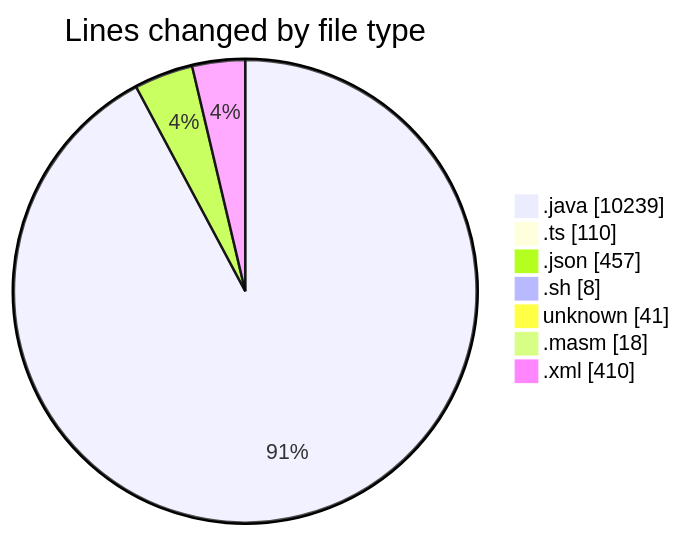
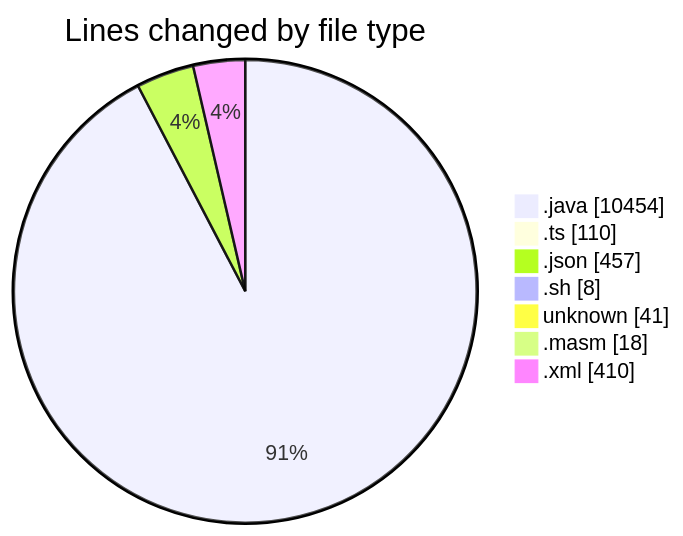
The first of 2 diagrams in 2025-02-20/micros/README.md (charlie-sans/code-tracking), drawn with Mermaid before and after one commit. The commit also changed other lines of this file and 1 other file, not shown here.

````diff
--- a/2025-02-20/micros/README.md
+++ b/2025-02-20/micros/README.md
@@ -56,11 +56,11 @@
 ```mermaid
 pie showData
 title Lines changed by file type
-".java" : 10239
+".java" : 10454
 ".ts" : 110
 ".json" : 457
 ".sh" : 8
 "unknown" : 41
 ".masm" : 18
 ".xml" : 410
 ```
````
